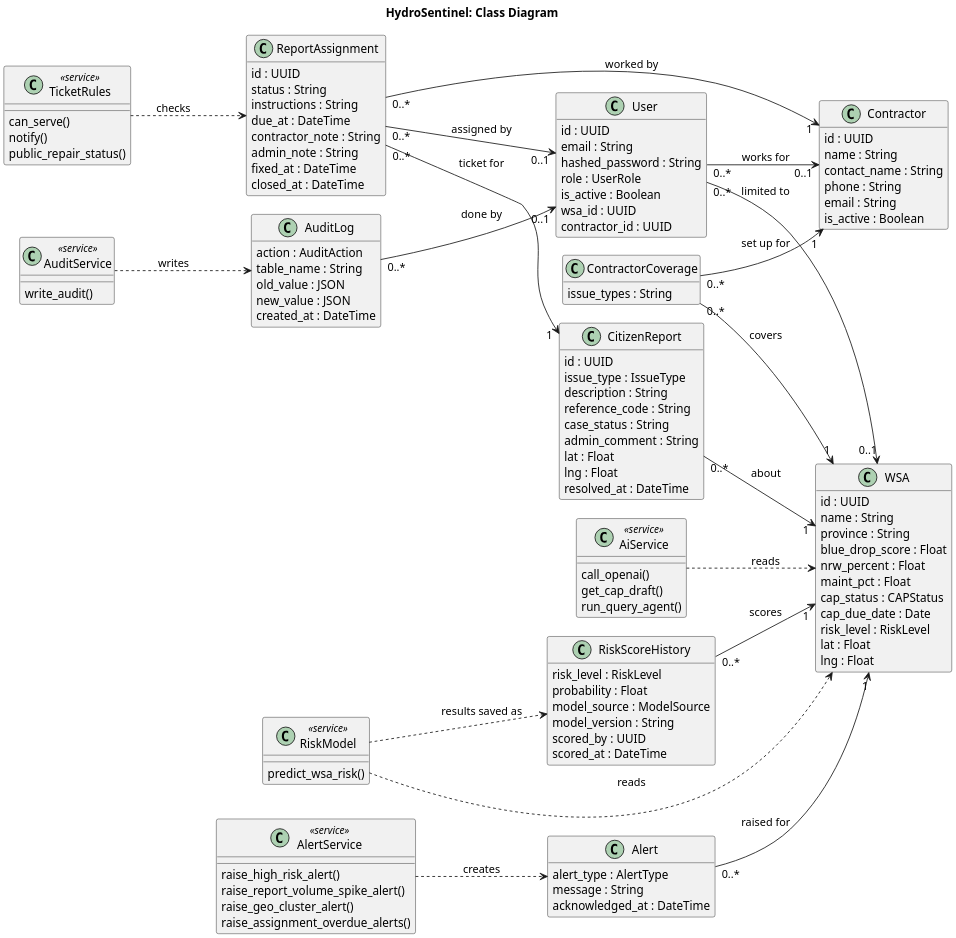
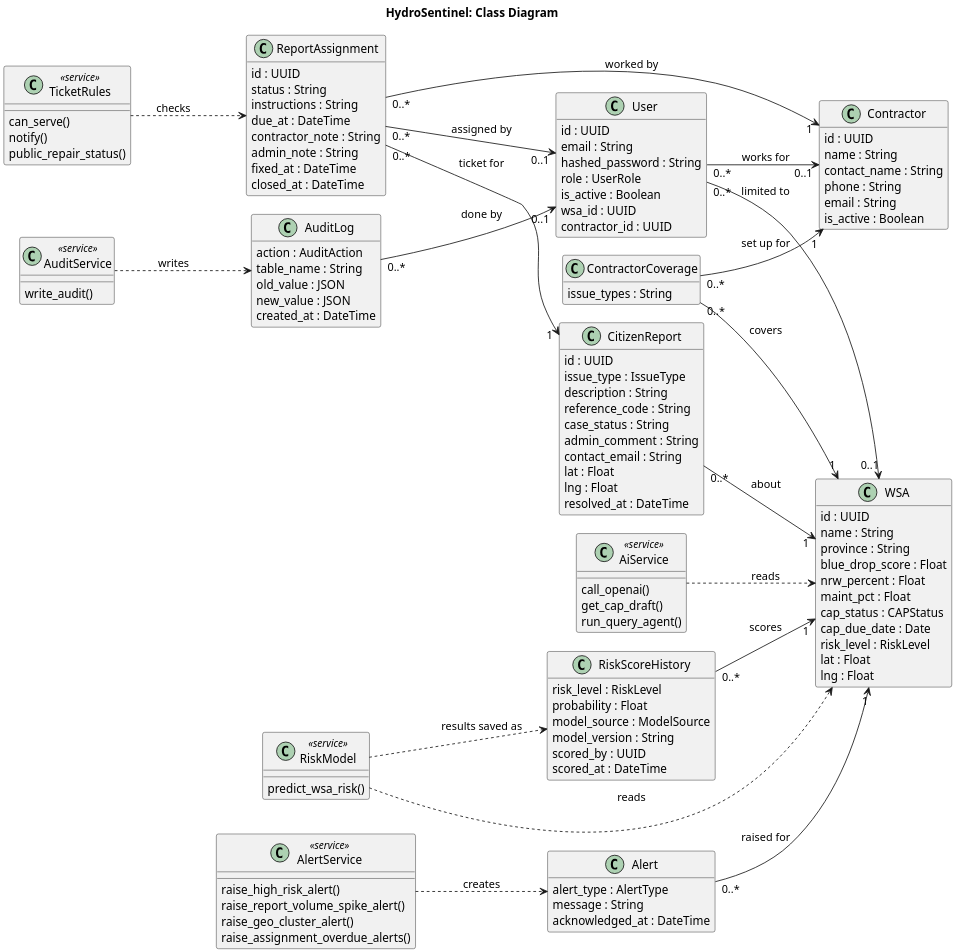
One commit to Malodeity/hydrosentinel changed the diagram in docs/a5/uml/ISJ107V_A5_Q3.2_Class.puml. Above: the diagram before and after it, drawn with PlantUML. The commit also changed 33 other files, not shown here.

First line of the commit message:
Docs: slides built around what changed since Assignment 4, limitations then and now, live testing segment; report, diagrams, evidence and presentation script updated

```diff
--- a/docs/a5/uml/ISJ107V_A5_Q3.2_Class.puml
+++ b/docs/a5/uml/ISJ107V_A5_Q3.2_Class.puml
@@ -1,126 +1,127 @@
 @startuml
 skinparam shadowing false
 skinparam dpi 200
 skinparam defaultFontName Helvetica
 skinparam classAttributeIconSize 0
 left to right direction
 skinparam nodesep 22
 skinparam ranksep 60
 hide empty methods
 title HydroSentinel: Class Diagram
 
 class WSA {
   id : UUID
   name : String
   province : String
   blue_drop_score : Float
   nrw_percent : Float
   maint_pct : Float
   cap_status : CAPStatus
   cap_due_date : Date
   risk_level : RiskLevel
   lat : Float
   lng : Float
 }
 class CitizenReport {
   id : UUID
   issue_type : IssueType
   description : String
   reference_code : String
   case_status : String
   admin_comment : String
+  contact_email : String
   lat : Float
   lng : Float
   resolved_at : DateTime
 }
 class ReportAssignment {
   id : UUID
   status : String
   instructions : String
   due_at : DateTime
   contractor_note : String
   admin_note : String
   fixed_at : DateTime
   closed_at : DateTime
 }
 class Contractor {
   id : UUID
   name : String
   contact_name : String
   phone : String
   email : String
   is_active : Boolean
 }
 class ContractorCoverage {
   issue_types : String
 }
 class User {
   id : UUID
   email : String
   hashed_password : String
   role : UserRole
   is_active : Boolean
   wsa_id : UUID
   contractor_id : UUID
 }
 class RiskScoreHistory {
   risk_level : RiskLevel
   probability : Float
   model_source : ModelSource
   model_version : String
   scored_by : UUID
   scored_at : DateTime
 }
 class Alert {
   alert_type : AlertType
   message : String
   acknowledged_at : DateTime
 }
 class AuditLog {
   action : AuditAction
   table_name : String
   old_value : JSON
   new_value : JSON
   created_at : DateTime
 }
 class RiskModel <<service>> {
   predict_wsa_risk()
 }
 class AiService <<service>> {
   call_openai()
   get_cap_draft()
   run_query_agent()
 }
 class AlertService <<service>> {
   raise_high_risk_alert()
   raise_report_volume_spike_alert()
   raise_geo_cluster_alert()
   raise_assignment_overdue_alerts()
 }
 class TicketRules <<service>> {
   can_serve()
   notify()
   public_repair_status()
 }
 class AuditService <<service>> {
   write_audit()
 }
 
 CitizenReport "0..*" --> "1" WSA : about
 ReportAssignment "0..*" --> "1" CitizenReport : ticket for
 ReportAssignment "0..*" --> "1" Contractor : worked by
 ReportAssignment "0..*" --> "0..1" User : assigned by
 ContractorCoverage "0..*" --> "1" Contractor : set up for
 ContractorCoverage "0..*" --> "1" WSA : covers
 User "0..*" --> "0..1" Contractor : works for
 User "0..*" --> "0..1" WSA : limited to
 Alert "0..*" --> "1" WSA : raised for
 RiskScoreHistory "0..*" --> "1" WSA : scores
 AuditLog "0..*" --> "0..1" User : done by
 RiskModel ..> WSA : reads
 RiskModel ..> RiskScoreHistory : results saved as
 AiService ..> WSA : reads
 AlertService ..> Alert : creates
 TicketRules ..> ReportAssignment : checks
 AuditService ..> AuditLog : writes
 @enduml
```
